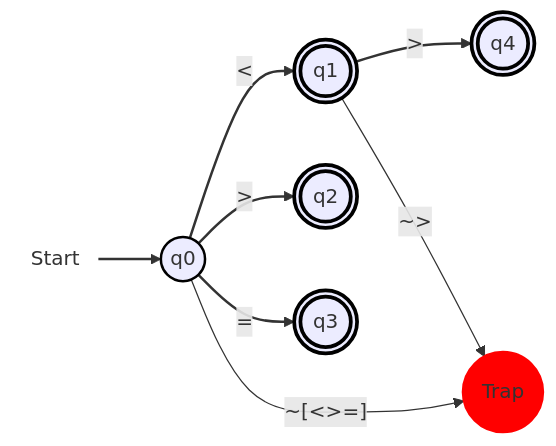
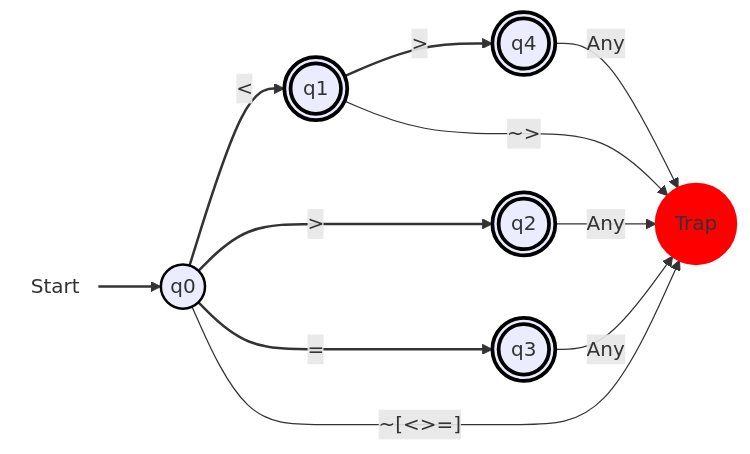
Before and after one commit to CS-Tiny-Compiler/a-tiny-compiler: the eighth of 9 diagrams in docs/DFA.md, drawn with Mermaid. The commit also changed other lines of this file, not shown here.

Commit message:
Add transition for final states to trap

````diff
--- a/docs/DFA.md
+++ b/docs/DFA.md
@@ -211,19 +212,22 @@
 ```mermaid
 flowchart LR
   start(((Start))):::startNode --> q0(("q0")):::normal
   q0 --> |#60;| q1((("q1"))):::finalState
   q0 --> |#62;| q2((("q2"))):::finalState
   q0 --> |#61;| q3((("q3"))):::finalState
   q1 --> |#62;| q4((("q4"))):::finalState
   q0 --> |"~[#60;#62;#61;]"| trap((("Trap"))):::trap
   q1 --> |"~#62;"| trap((("Trap"))):::trap
- 
+  q2 --> |"Any"| trap((("Trap"))):::trap
+  q3 --> |"Any"| trap((("Trap"))):::trap
+  q4 --> |"Any"| trap((("Trap"))):::trap
+
 
   classDef startNode fill:none,stroke:none;
   classDef normal stroke:#000,stroke-width:2px;
   classDef finalState stroke:#000,stroke-width:3px;
   classDef trap fill:#f00,stroke:#f00,stroke-width:2px;
 
   linkStyle 0 stroke-width:2px;
   linkStyle 1,2,3,4 stroke:#333,stroke-width:2px,fill:none;
 ```
````
